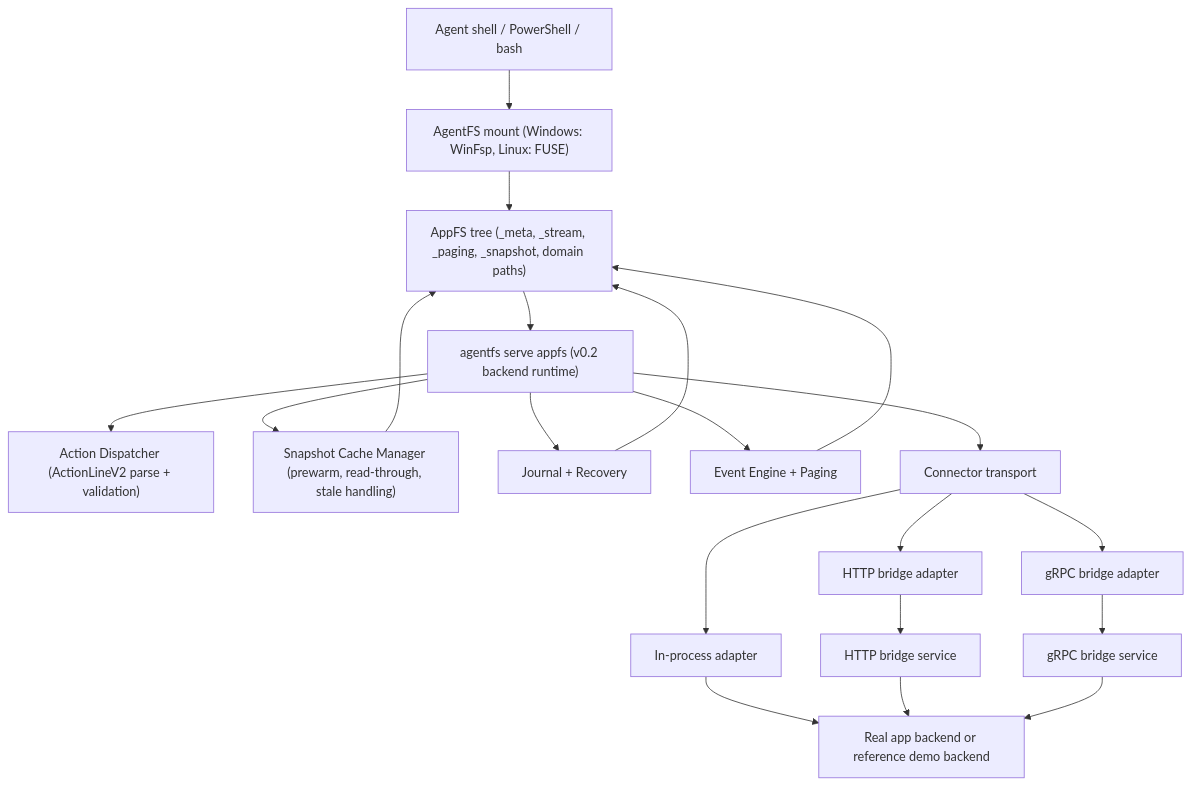
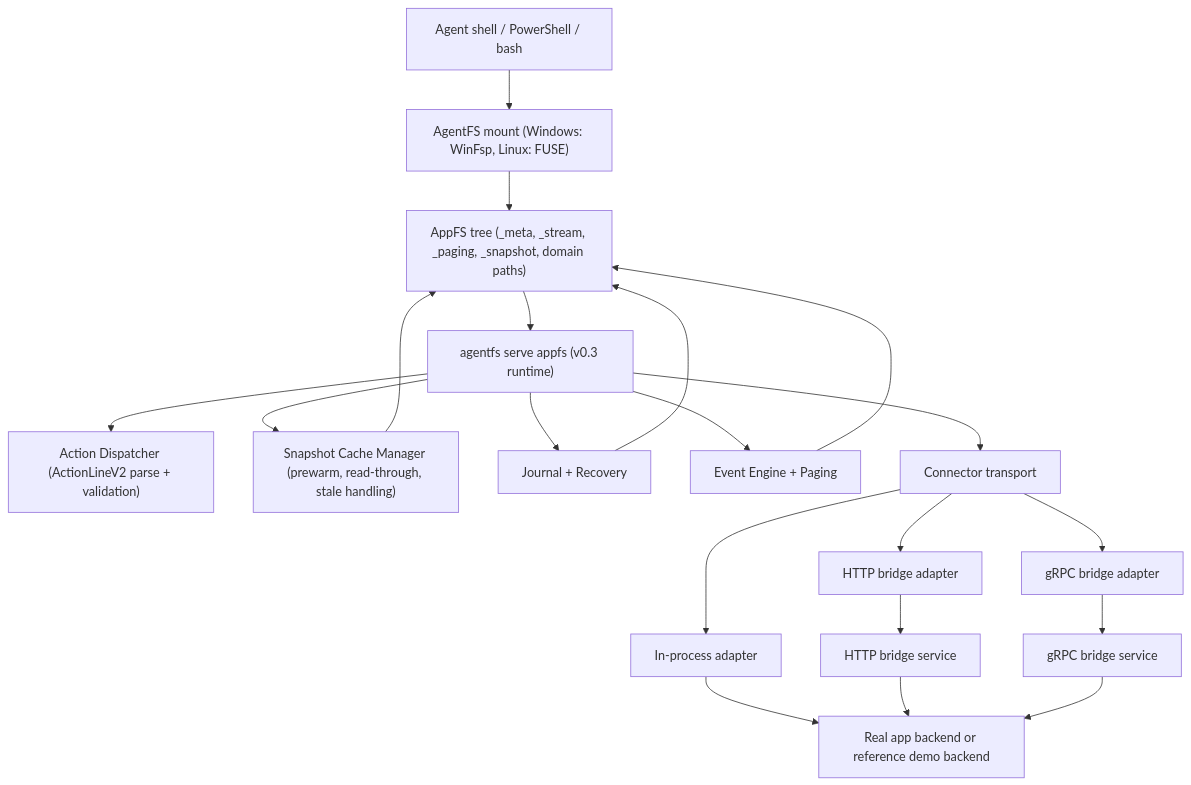
One commit to esp3j0/appfs-platform changed the diagram in README.md. Above: the diagram before and after it, drawn with Mermaid. The commit also changed other lines of this file and 42 other files, not shown here.

````diff
--- a/README.md
+++ b/README.md
@@ -228,26 +228,26 @@
 ```mermaid
 flowchart TD
     A["Agent shell / PowerShell / bash"] --> B["AgentFS mount (Windows: WinFsp, Linux: FUSE)"]
     B --> C["AppFS tree (_meta, _stream, _paging, _snapshot, domain paths)"]
-    C --> D["agentfs serve appfs (v0.2 backend runtime)"]
+    C --> D["agentfs serve appfs (v0.3 runtime)"]
 
     D --> E["Action Dispatcher (ActionLineV2 parse + validation)"]
     D --> F["Snapshot Cache Manager (prewarm, read-through, stale handling)"]
     D --> G["Journal + Recovery"]
     D --> H["Event Engine + Paging"]
 
     D --> I["Connector transport"]
     I --> J["In-process adapter"]
     I --> K["HTTP bridge adapter"]
     I --> L["gRPC bridge adapter"]
 
     K --> M["HTTP bridge service"]
     L --> N["gRPC bridge service"]
     J --> O["Real app backend or reference demo backend"]
     M --> O
     N --> O
 
     H --> C
     F --> C
     G --> C
 ```
````
